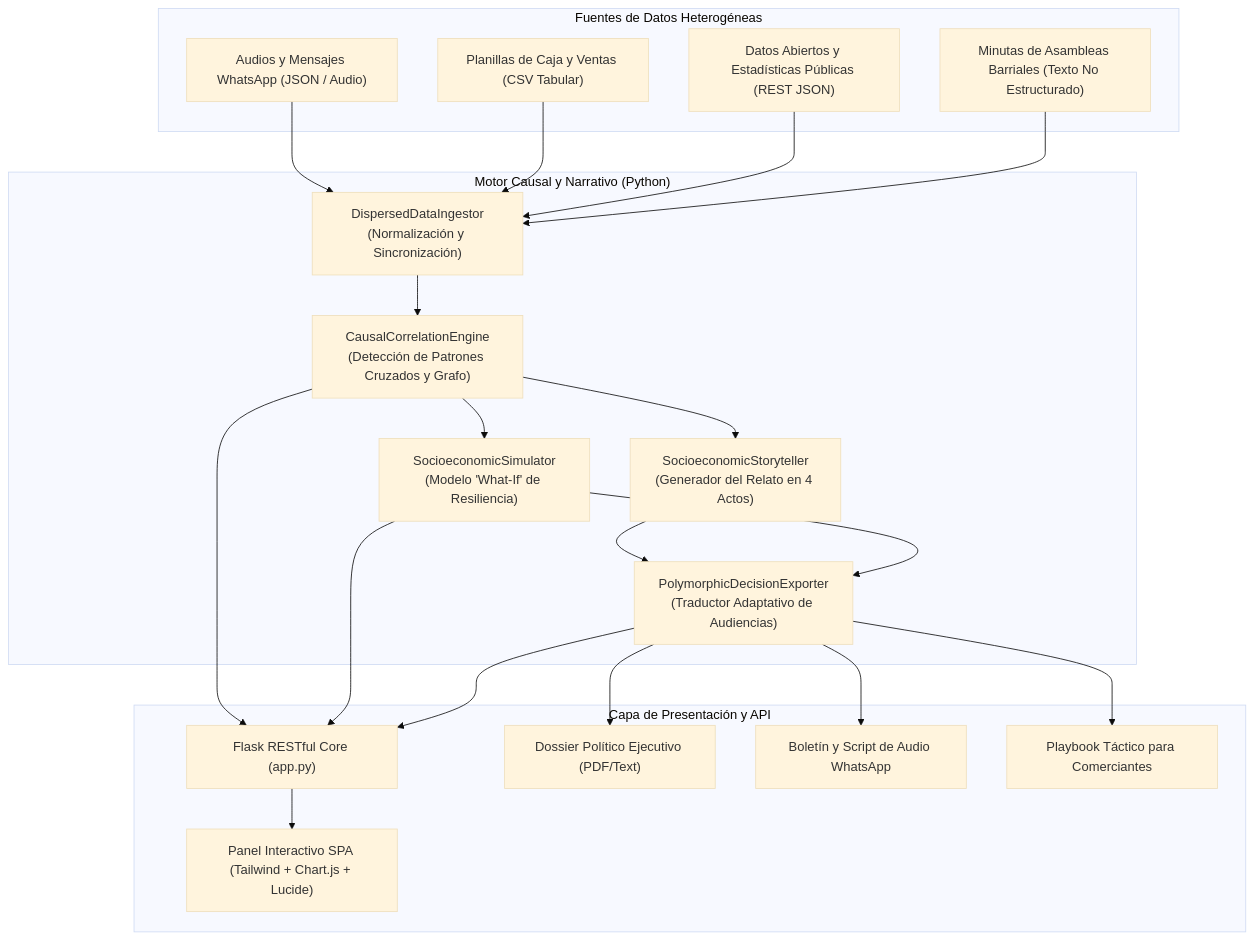
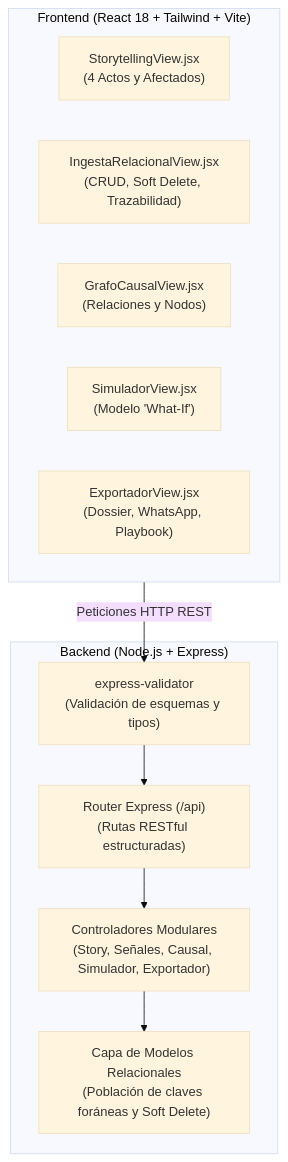
One commit to fabiannacevvedo-crypto/sintesis-viva changed the second of 2 diagrams in docs/ARQUITECTURA_TECNICA.md. Above: the diagram before and after it, drawn with Mermaid (base theme). The commit also changed other lines of this file and 31 other files, not shown here.

Commit message:
feat: complete stack refactor to JavaScript, Express, express-validator, soft deletes, model relations, React, Tailwind, and Vite

````diff
--- a/docs/ARQUITECTURA_TECNICA.md
+++ b/docs/ARQUITECTURA_TECNICA.md
@@ -7,44 +65,22 @@
 ```mermaid
 flowchart TD
-    subgraph Fuentes_Dispersas["Fuentes de Datos Heterogéneas"]
-        WA["Audios y Mensajes WhatsApp (JSON / Audio)"]
-        CSV["Planillas de Caja y Ventas (CSV Tabular)"]
-        PUB["Datos Abiertos y Estadísticas Públicas (REST JSON)"]
-        MIN["Minutas de Asambleas Barriales (Texto No Estructurado)"]
+    subgraph Frontend_React["Frontend (React 18 + Tailwind + Vite)"]
+        UI_STORY["StorytellingView.jsx\n(4 Actos y Afectados)"]
+        UI_INGESTA["IngestaRelacionalView.jsx\n(CRUD, Soft Delete, Trazabilidad)"]
+        UI_GRAFO["GrafoCausalView.jsx\n(Relaciones y Nodos)"]
+        UI_SIM["SimuladorView.jsx\n(Modelo 'What-If')"]
+        UI_EXP["ExportadorView.jsx\n(Dossier, WhatsApp, Playbook)"]
     end
 
-    subgraph Pipeline_Motor["Motor Causal y Narrativo (Python)"]
-        ING["DispersedDataIngestor\n(Normalización y Sincronización)"]
-        CAU["CausalCorrelationEngine\n(Detección de Patrones Cruzados y Grafo)"]
-        SIM["SocioeconomicSimulator\n(Modelo 'What-If' de Resiliencia)"]
-        STY["SocioeconomicStoryteller\n(Generador del Relato en 4 Actos)"]
-        EXP["PolymorphicDecisionExporter\n(Traductor Adaptativo de Audiencias)"]
+    subgraph Backend_Express["Backend (Node.js + Express)"]
+        VAL["express-validator\n(Validación de esquemas y tipos)"]
+        ROUT["Router Express (/api)\n(Rutas RESTful estructuradas)"]
+        CTRL["Controladores Modulares\n(Story, Señales, Causal, Simulador, Exportador)"]
+        DB["Capa de Modelos Relacionales\n(Población de claves foráneas y Soft Delete)"]
     end
 
-    subgraph Capa_Presentacion["Capa de Presentación y API"]
-        FLASK["Flask RESTful Core (app.py)"]
-        UI["Panel Interactivo SPA (Tailwind + Chart.js + Lucide)"]
-        OUT1["Dossier Político Ejecutivo (PDF/Text)"]
-        OUT2["Boletín y Script de Audio WhatsApp"]
-        OUT3["Playbook Táctico para Comerciantes"]
-    end
-
-    WA --> ING
-    CSV --> ING
-    PUB --> ING
-    MIN --> ING
-
-    ING --> CAU
-    CAU --> STY
-    CAU --> SIM
-    STY --> EXP
-    SIM --> EXP
-
-    CAU --> FLASK
-    SIM --> FLASK
-    EXP --> FLASK
-    FLASK --> UI
-    EXP --> OUT1
-    EXP --> OUT2
-    EXP --> OUT3
+    Frontend_React -->|Peticiones HTTP REST| VAL
+    VAL --> ROUT
+    ROUT --> CTRL
+    CTRL --> DB
 ```
````
